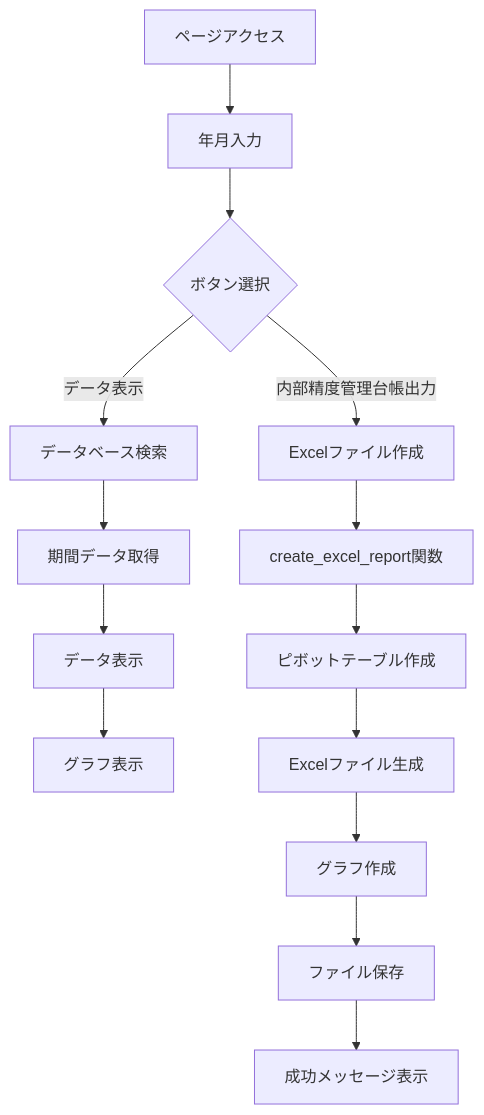
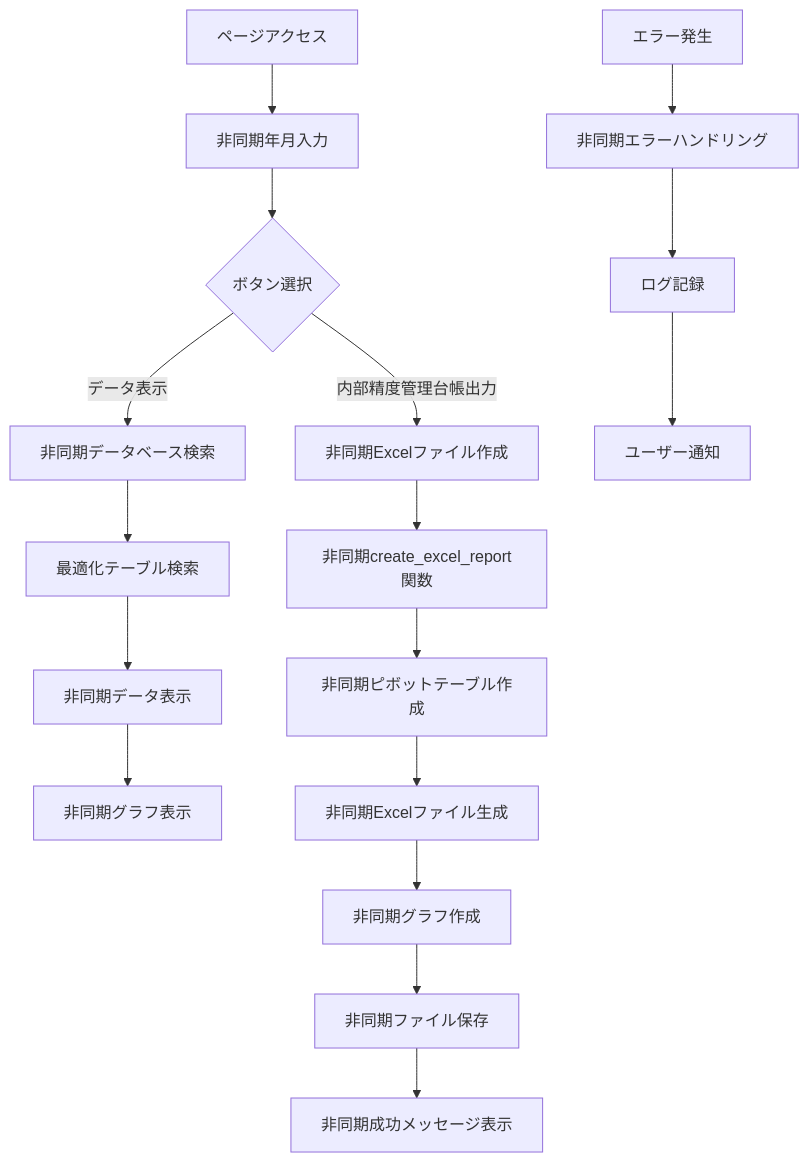
One commit to takashi-oi/qc_ariken_tpkyo changed the fourth of 12 diagrams in docs/関数フロー図.md. Above: the diagram before and after it, drawn with Mermaid. The commit also changed other lines of this file and 28 other files, not shown here.

````diff
--- a/docs/関数フロー図.md
+++ b/docs/関数フロー図.md
@@ -70,19 +84,23 @@
 ```mermaid
 graph TD
-    A[ページアクセス] --> B[年月入力]
+    A[ページアクセス] --> B[非同期年月入力]
     B --> C{ボタン選択}
-    
-    C -->|データ表示| D[データベース検索]
-    C -->|内部精度管理台帳出力| E[Excelファイル作成]
-    
-    D --> F[期間データ取得]
-    F --> G[データ表示]
-    G --> H[グラフ表示]
-    
-    E --> I[create_excel_report関数]
-    I --> J[ピボットテーブル作成]
-    J --> K[Excelファイル生成]
-    K --> L[グラフ作成]
-    L --> M[ファイル保存]
-    M --> N[成功メッセージ表示]
+
+    C -->|データ表示| D[非同期データベース検索]
+    C -->|内部精度管理台帳出力| E[非同期Excelファイル作成]
+
+    D --> F[最適化テーブル検索]
+    F --> G[非同期データ表示]
+    G --> H[非同期グラフ表示]
+
+    E --> I[非同期create_excel_report関数]
+    I --> J[非同期ピボットテーブル作成]
+    J --> K[非同期Excelファイル生成]
+    K --> L[非同期グラフ作成]
+    L --> M[非同期ファイル保存]
+    M --> N[非同期成功メッセージ表示]
+
+    O[エラー発生] --> P[非同期エラーハンドリング]
+    P --> Q[ログ記録]
+    Q --> R[ユーザー通知]
 ```
````
